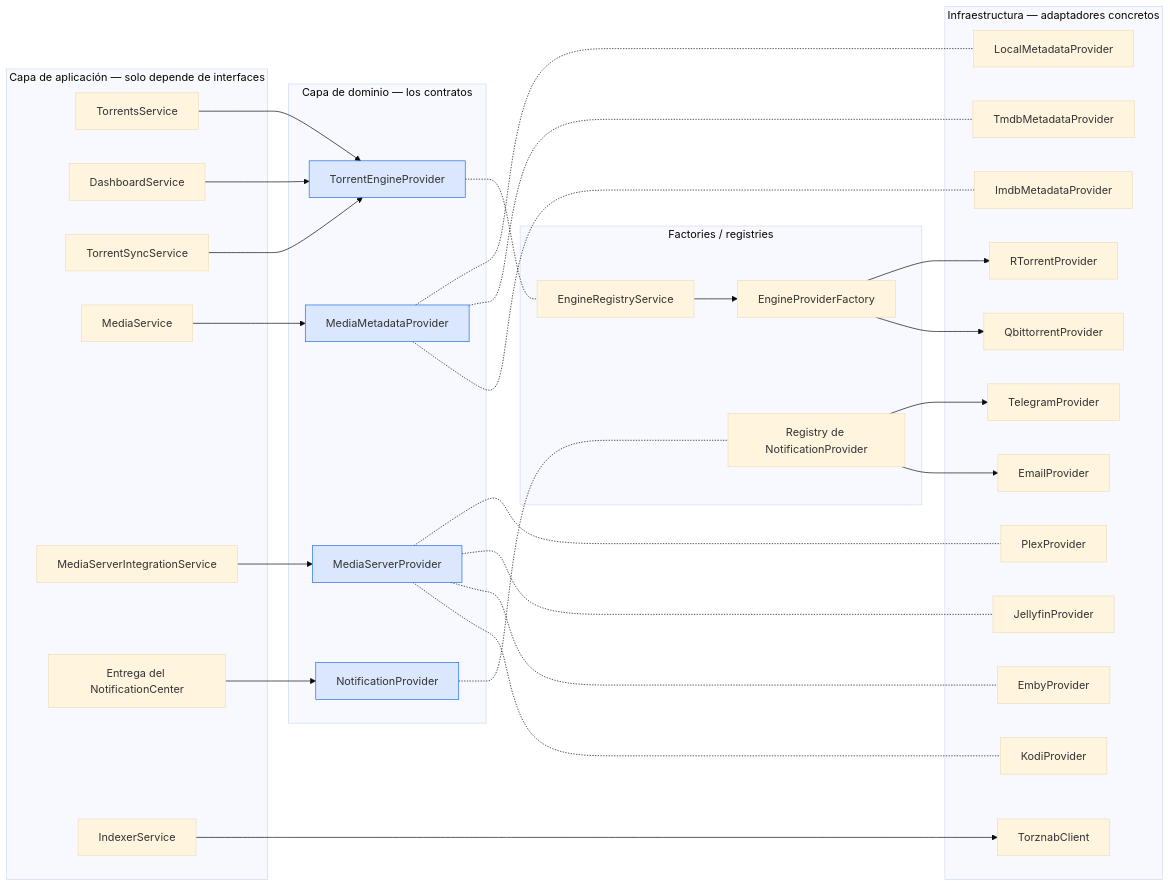
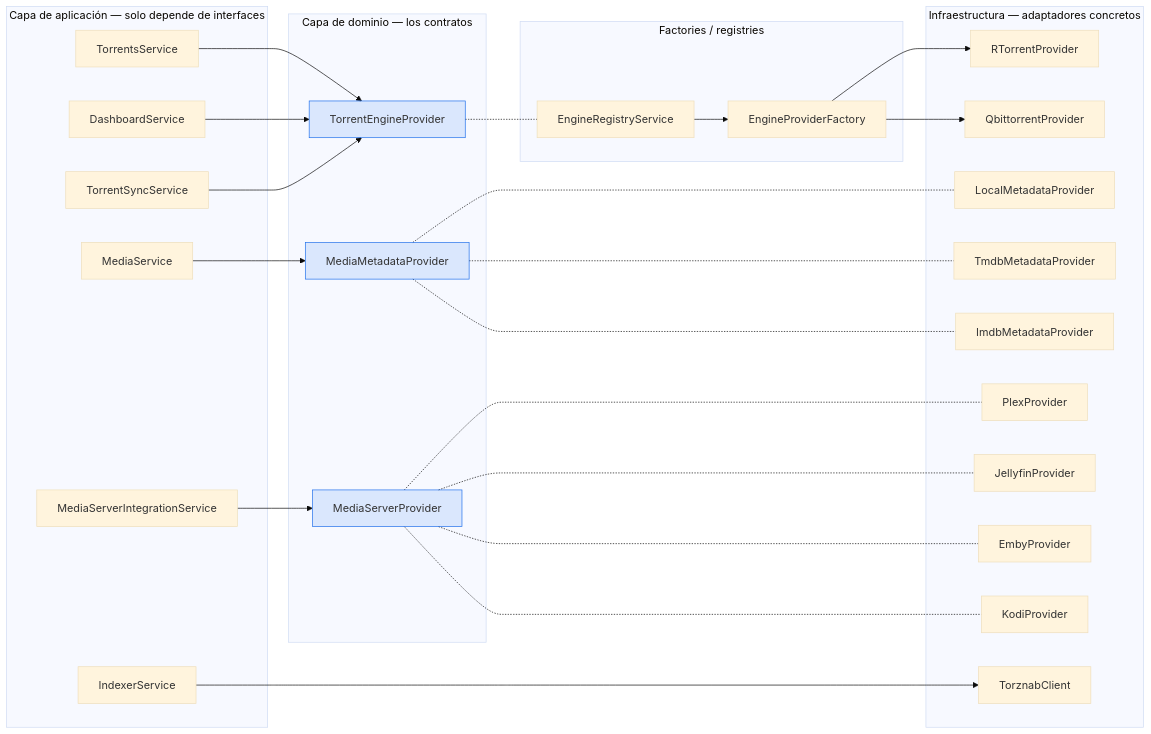
Before and after one commit to damirabal/ultratorrent-core: the first of 2 diagrams in website/i18n/es-PR/docusaurus-plugin-content-docs/current/develop/providers.md, drawn with Mermaid (base theme). The commit also changed other lines of this file and 63 other files, not shown here.

````diff
--- a/website/i18n/es-PR/docusaurus-plugin-content-docs/current/develop/providers.md
+++ b/website/i18n/es-PR/docusaurus-plugin-content-docs/current/develop/providers.md
@@ -147,66 +121,57 @@
 ```mermaid
 flowchart LR
   subgraph App["Capa de aplicación — solo depende de interfaces"]
     TS["TorrentsService"]
     DS["DashboardService"]
     SYNC["TorrentSyncService"]
     MS["MediaService"]
     MSI["MediaServerIntegrationService"]
-    NC["Entrega del NotificationCenter"]
     IX["IndexerService"]
   end
 
   subgraph Domain["Capa de dominio — los contratos"]
     IENG["TorrentEngineProvider"]
     IMETA["MediaMetadataProvider"]
     IMS["MediaServerProvider"]
-    INOTIF["NotificationProvider"]
   end
 
   subgraph Wiring["Factories / registries"]
     EF["EngineProviderFactory"]
     ER["EngineRegistryService"]
-    NR["Registry de NotificationProvider"]
   end
 
   subgraph Impl["Infraestructura — adaptadores concretos"]
     RT["RTorrentProvider"]
     QB["QbittorrentProvider"]
     LOCAL["LocalMetadataProvider"]
     TMDB["TmdbMetadataProvider"]
     IMDBP["ImdbMetadataProvider"]
     PLEX["PlexProvider"]
     JF["JellyfinProvider"]
     EMBY["EmbyProvider"]
     KODI["KodiProvider"]
-    TG["TelegramProvider"]
-    EM["EmailProvider"]
     TZ["TorznabClient"]
   end
 
   TS --> IENG
   DS --> IENG
   SYNC --> IENG
   MS --> IMETA
   MSI --> IMS
-  NC --> INOTIF
   IX --> TZ
 
   IENG -.- ER
   ER --> EF
   EF --> RT
   EF --> QB
   IMETA -.- LOCAL
   IMETA -.- TMDB
   IMETA -.- IMDBP
   IMS -.- PLEX
   IMS -.- JF
   IMS -.- EMBY
   IMS -.- KODI
-  INOTIF -.- NR
-  NR --> TG
-  NR --> EM
 
   classDef seam fill:#1f6feb22,stroke:#1f6feb;
-  class IENG,IMETA,IMS,INOTIF seam;
+  class IENG,IMETA,IMS seam;
 ```
````
